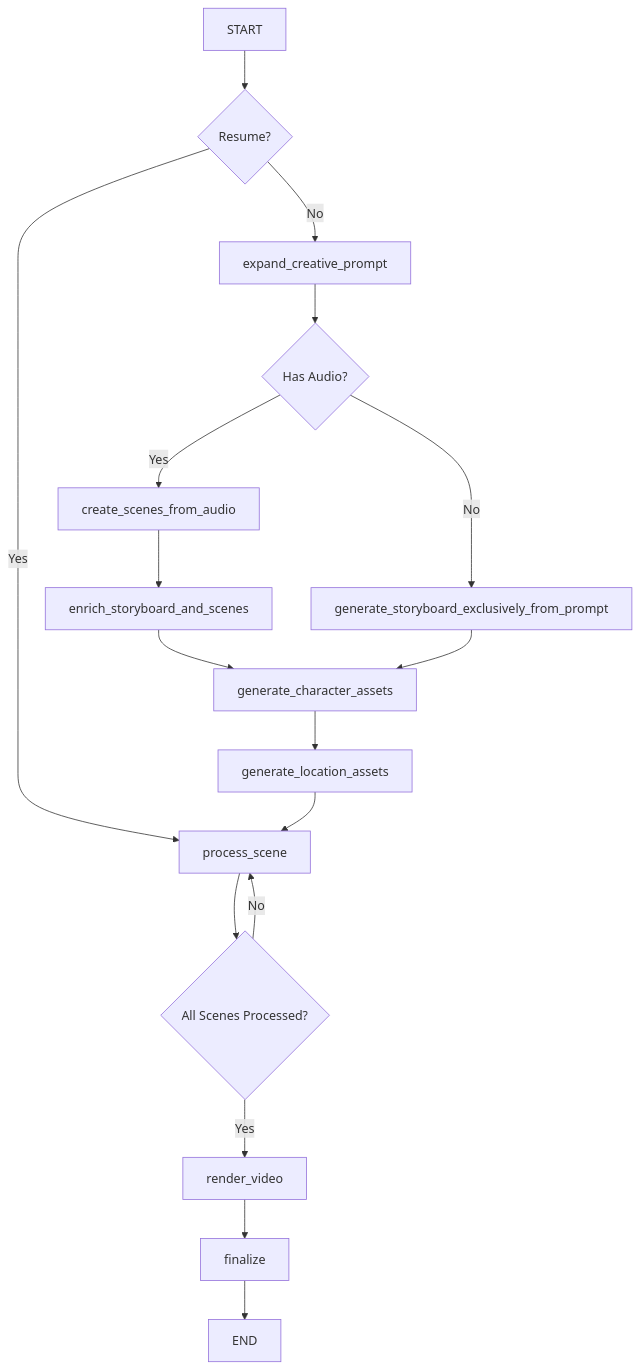
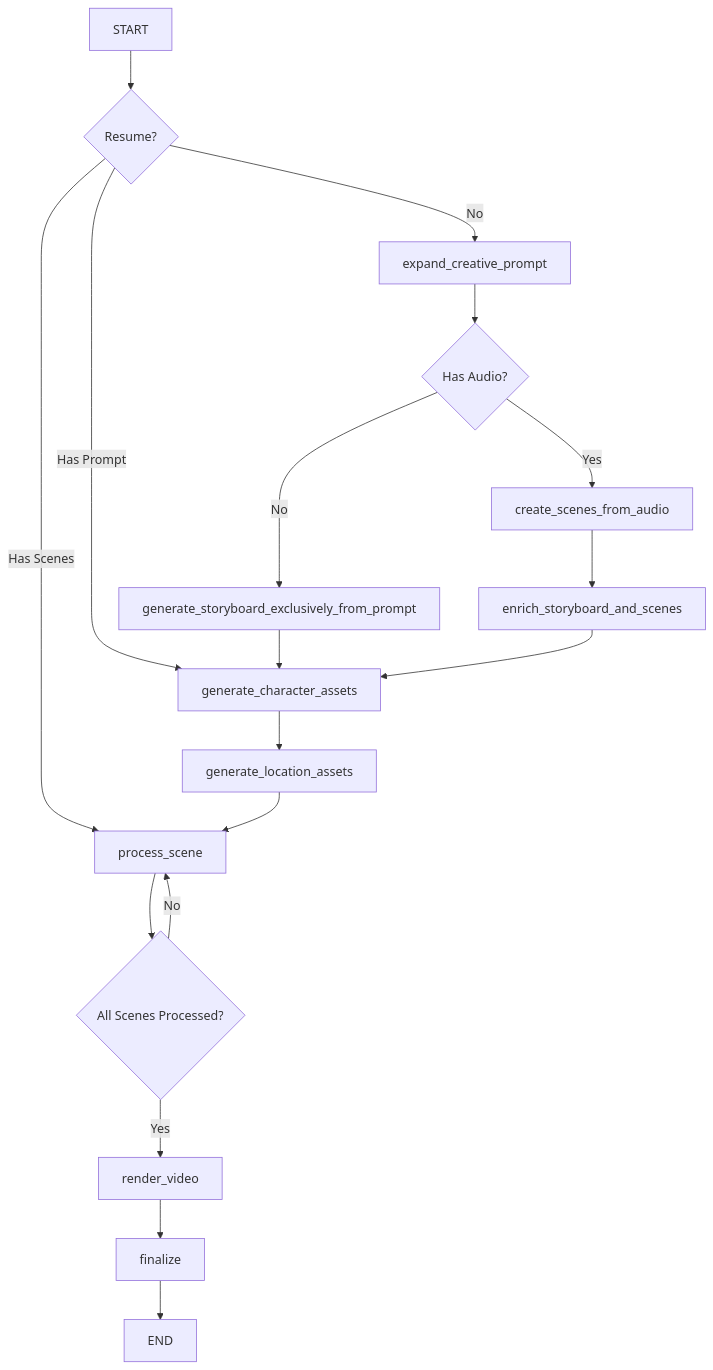
The diagram in README.md (DigitalCreationsCo/generative-cinematic-framework), drawn with Mermaid before and after one commit. The commit also changed 1 other file, not shown here.

Commit message:
update workflow.md and readme.md

````diff
--- a/README.md
+++ b/README.md
@@ -29,19 +29,20 @@
 ```mermaid
 graph TD
     A[START] --> B{Resume?};
+    B -- Has Scenes --> G[process_scene];
+    B -- Has Prompt --> E[generate_character_assets];
     B -- No --> C[expand_creative_prompt];
-    B -- Yes --> D[process_scene];
-    C --> E{Has Audio?};
-    E -- Yes --> F[create_scenes_from_audio];
-    F --> G[enrich_storyboard_and_scenes];
-    E -- No --> H[generate_storyboard_exclusively_from_prompt];
-    G --> I[generate_character_assets];
-    H --> I[generate_character_assets];
-    I --> J[generate_location_assets];
-    J --> D;
-    D --> K{All Scenes Processed?};
-    K -- No --> D;
+    C --> D{Has Audio?};
+    D -- No --> H[generate_storyboard_exclusively_from_prompt];
+    D -- Yes --> F[create_scenes_from_audio];
+    F --> I[enrich_storyboard_and_scenes];
+    H --> E;
+    I --> E;
+    E --> J[generate_location_assets];
+    J --> G;
+    G --> K{All Scenes Processed?};
+    K -- No --> G;
     K -- Yes --> L[render_video];
     L --> M[finalize];
     M --> N[END];
 ```
````
